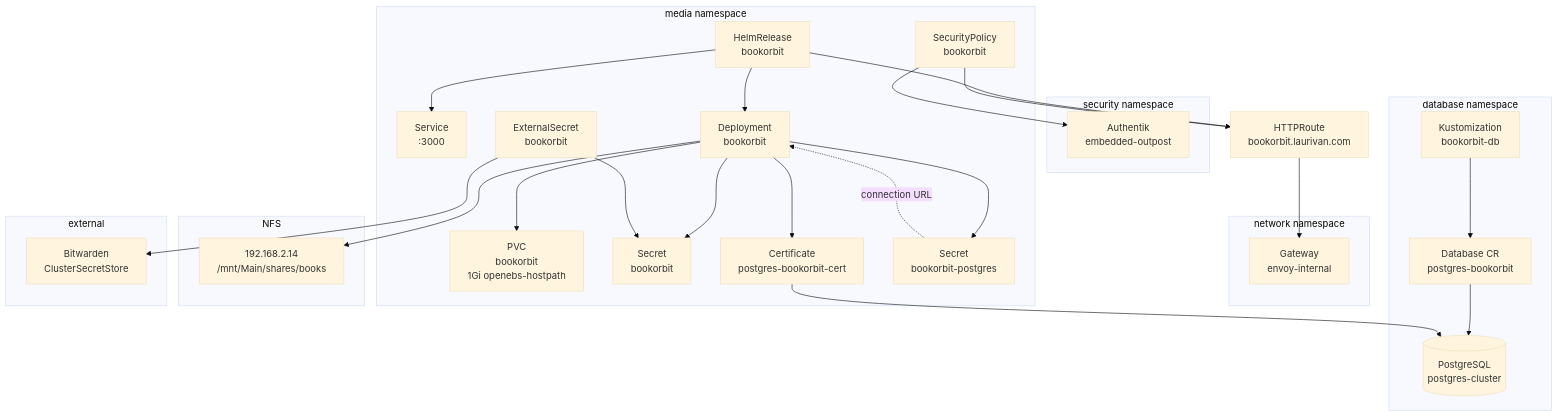
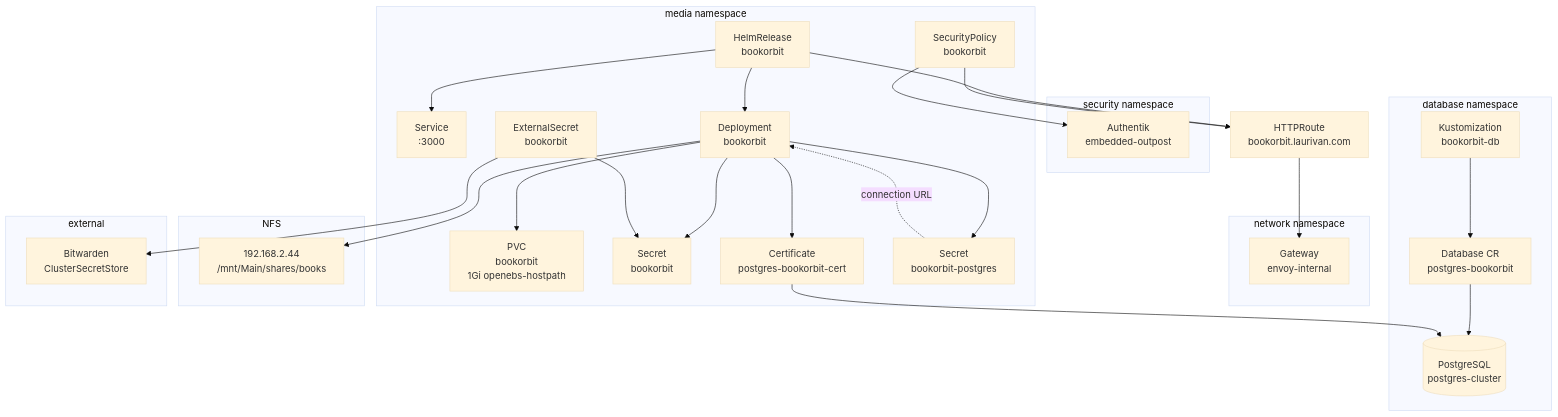
Before and after one commit to equinoxel/home-ops: the diagram in kubernetes/apps/media/bookorbit/README.md, drawn with Mermaid (base theme). The commit also changed other lines of this file and 15 other files, not shown here.

````diff
--- a/kubernetes/apps/media/bookorbit/README.md
+++ b/kubernetes/apps/media/bookorbit/README.md
@@ -10,54 +10,54 @@
 ```mermaid
 graph TD
     subgraph media namespace
         HR[HelmRelease<br/>bookorbit]
         SVC[Service<br/>:3000]
         DEP[Deployment<br/>bookorbit]
         PVC[PVC<br/>bookorbit<br/>1Gi openebs-hostpath]
         ES[ExternalSecret<br/>bookorbit]
         SEC[Secret<br/>bookorbit]
         CERT[Certificate<br/>postgres-bookorbit-cert]
         DBSEC[Secret<br/>bookorbit-postgres]
         SP[SecurityPolicy<br/>bookorbit]
     end
 
     subgraph network namespace
         GW[Gateway<br/>envoy-internal]
     end
 
     subgraph security namespace
         AK[Authentik<br/>embedded-outpost]
     end
 
     subgraph database namespace
         DB[(PostgreSQL<br/>postgres-cluster)]
         DBKS[Kustomization<br/>bookorbit-db]
         DBOBJ[Database CR<br/>postgres-bookorbit]
     end
 
     subgraph NFS
-        NFS_BOOKS[192.168.2.14<br/>/mnt/Main/shares/books]
+        NFS_BOOKS[192.168.2.44<br/>/mnt/Main/shares/books]
     end
 
     subgraph external
         BW[Bitwarden<br/>ClusterSecretStore]
     end
 
     HR --> DEP
     HR --> SVC
     HR --> ROUTE[HTTPRoute<br/>bookorbit.laurivan.com]
     ROUTE --> GW
     SP --> ROUTE
     SP --> AK
     DEP --> PVC
     DEP --> NFS_BOOKS
     DEP --> CERT
     DEP --> DBSEC
     DEP --> SEC
     ES --> BW
     ES --> SEC
     DBKS --> DBOBJ
     DBOBJ --> DB
     CERT --> DB
     DBSEC -.->|connection URL| DEP
 ```
````
